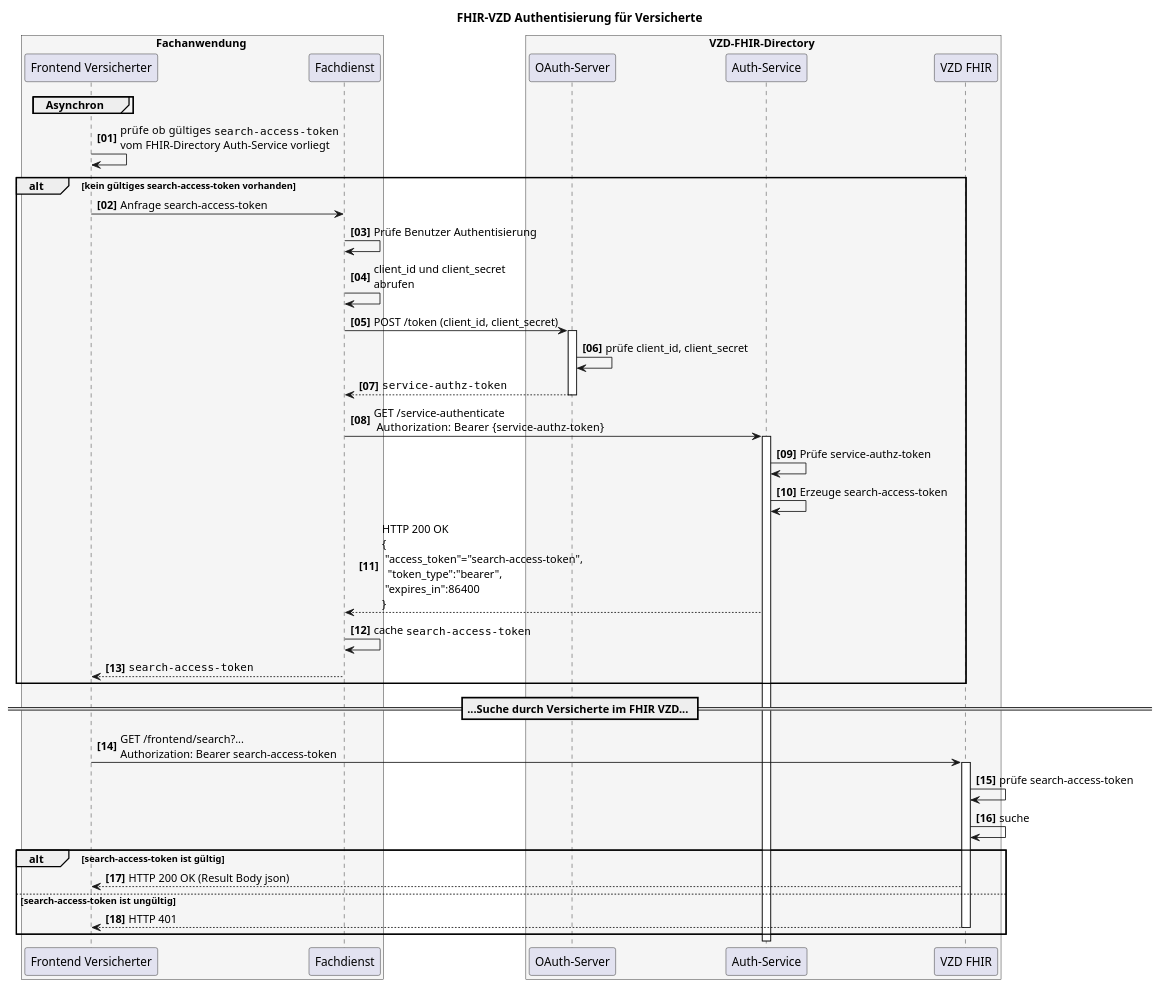
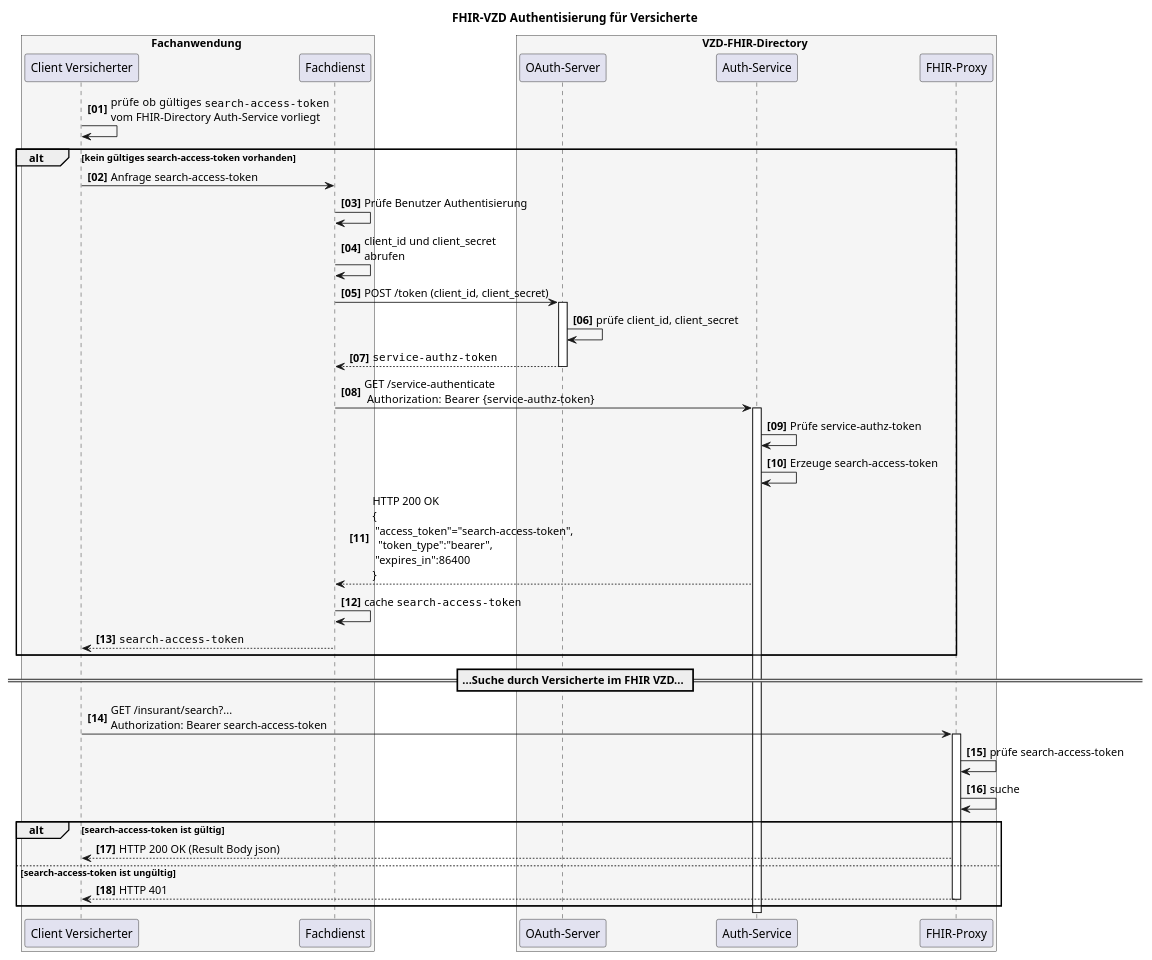
The diagram in src/plantuml/SequenceDiagram.FHIR-Directory.fdv.search.puml (gematik/api-vzd), drawn with PlantUML before and after one commit. The commit also changed 1 other file, not shown here.

Commit message:
Simplify diagramms

```diff
--- a/src/plantuml/SequenceDiagram.FHIR-Directory.fdv.search.puml
+++ b/src/plantuml/SequenceDiagram.FHIR-Directory.fdv.search.puml
@@ -1,62 +1,56 @@
 @startuml
 autonumber 1 1 "<b>[00]"
 title "FHIR-VZD Authentisierung für Versicherte"
 
 
 box Fachanwendung #WhiteSmoke
-    participant VClient as "Frontend Versicherter"
+    participant VClient as "Client Versicherter"
     participant FDienst as "Fachdienst"
 end box
 
 box VZD-FHIR-Directory #WhiteSmoke
     participant "OAuth-Server" as VzdOAuth
     participant "Auth-Service" as VzdAuth
-    participant fp as "VZD FHIR"
+    participant fp as "FHIR-Proxy"
 end box
 
-
-group Asynchron
-
-
-
-end
 
 VClient-> VClient: prüfe ob  gültiges ""search-access-token""\nvom FHIR-Directory Auth-Service vorliegt
 
 
 alt kein gültiges search-access-token vorhanden
    VClient-> FDienst: Anfrage search-access-token
 
    FDienst->FDienst: Prüfe Benutzer Authentisierung
    
    FDienst -> FDienst: client_id und client_secret\nabrufen
    FDienst ->VzdOAuth++: POST /token (client_id, client_secret)
    VzdOAuth->VzdOAuth: prüfe client_id, client_secret
    VzdOAuth-->FDienst--: ""service-authz-token""
 
    FDienst->VzdAuth++: GET /service-authenticate \n Authorization:   Bearer {service-authz-token}
 
    VzdAuth->VzdAuth: Prüfe service-authz-token
 
    VzdAuth->VzdAuth: Erzeuge search-access-token
    VzdAuth-->FDienst: HTTP 200 OK\n{\n "access_token"="search-access-token",\n  "token_type":"bearer",\n "expires_in":86400\n}
 
    FDienst->FDienst: cache ""search-access-token""
 
    FDienst-->VClient: ""search-access-token""
 end
 
 == ...Suche durch Versicherte im FHIR VZD... ==
 
-VClient -> fp: GET /frontend/search?... \nAuthorization: Bearer search-access-token
+VClient -> fp: GET /insurant/search?... \nAuthorization: Bearer search-access-token
 activate fp
 fp -> fp: prüfe search-access-token
 fp -> fp: suche
 alt search-access-token ist gültig
    fp --> VClient : HTTP 200 OK (Result Body json)
  else search-access-token ist ungültig
    fp --> VClient : HTTP 401
    deactivate fp
 end
 
 @enduml
```
